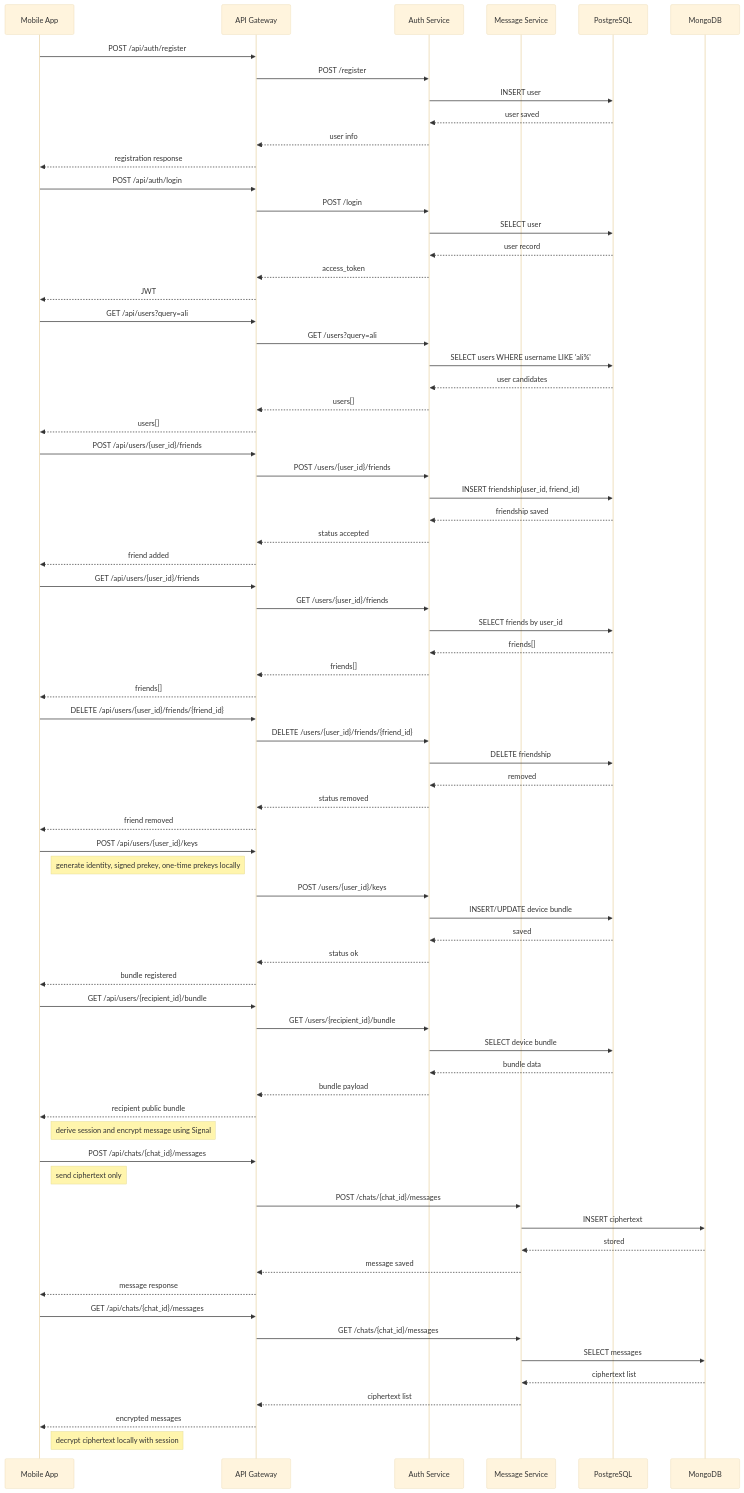
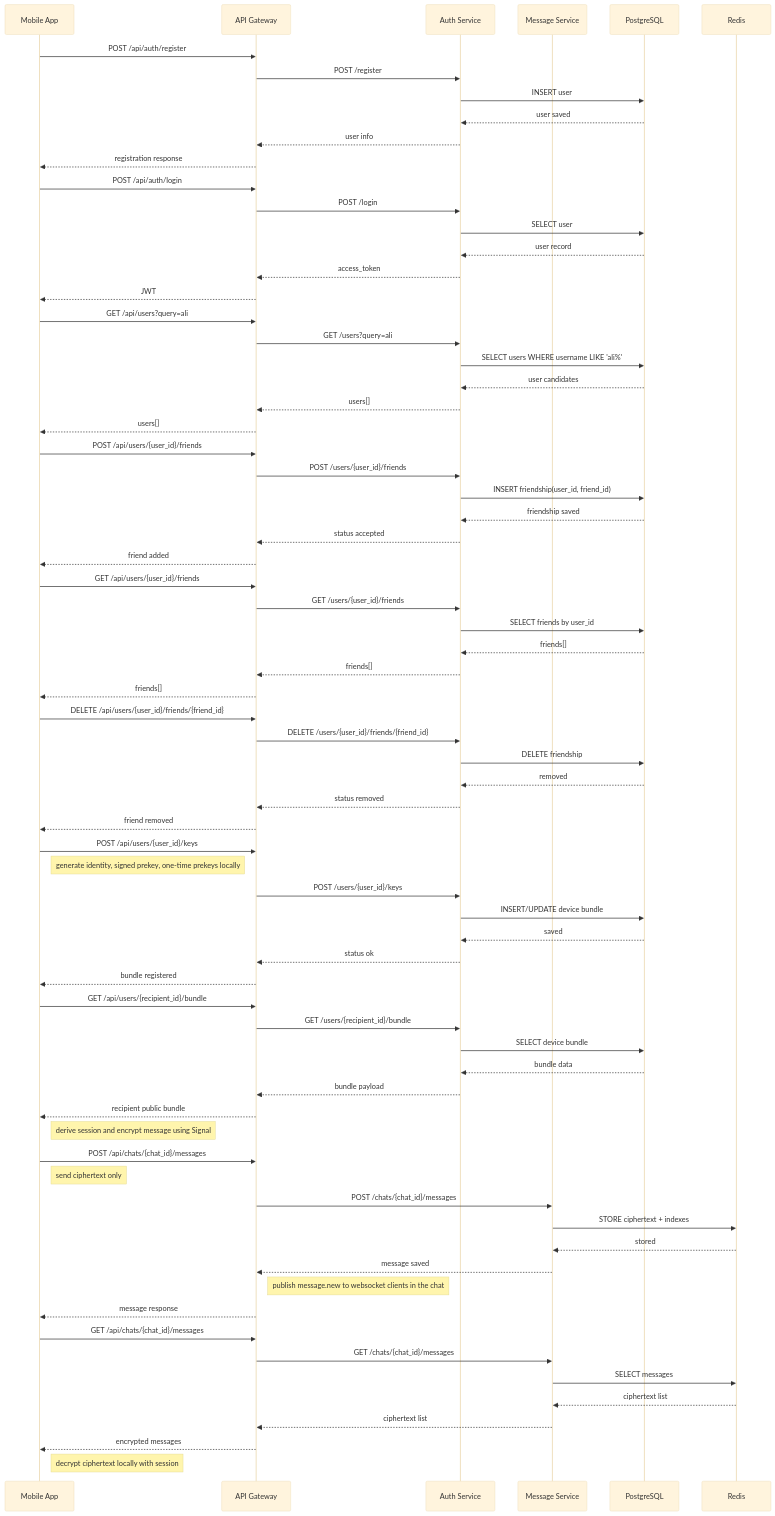
The second of 2 diagrams in README.md (Myob11/E2EE), drawn with Mermaid (base theme) before and after one commit. The commit also changed other lines of this file and 7 other files, not shown here.

```diff
--- a/README.md
+++ b/README.md
@@ -59,7 +62,7 @@
     participant Auth as Auth Service
     participant Message as Message Service
     participant PG as PostgreSQL
-    participant Mongo as MongoDB
+    participant Redis as Redis
 
     Client->>Gateway: POST /api/auth/register
     Gateway->>Auth: POST /register
@@ -122,15 +125,16 @@
     Client->>Gateway: POST /api/chats/{chat_id}/messages
     Note right of Client: send ciphertext only
     Gateway->>Message: POST /chats/{chat_id}/messages
-    Message->>Mongo: INSERT ciphertext
-    Mongo-->>Message: stored
+    Message->>Redis: STORE ciphertext + indexes
+    Redis-->>Message: stored
     Message-->>Gateway: message saved
+    Note right of Gateway: publish message.new to websocket clients in the chat
     Gateway-->>Client: message response
 
     Client->>Gateway: GET /api/chats/{chat_id}/messages
     Gateway->>Message: GET /chats/{chat_id}/messages
-    Message->>Mongo: SELECT messages
-    Mongo-->>Message: ciphertext list
+    Message->>Redis: SELECT messages
+    Redis-->>Message: ciphertext list
     Message-->>Gateway: ciphertext list
     Gateway-->>Client: encrypted messages
     Note right of Client: decrypt ciphertext locally with session
```
